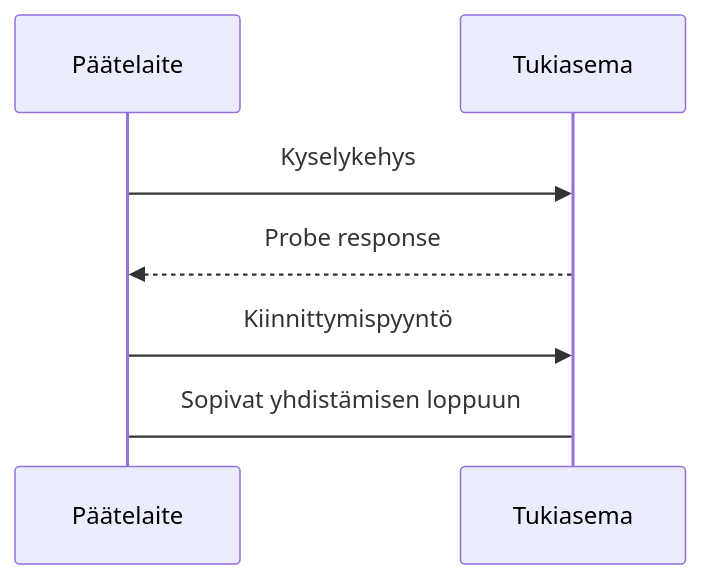
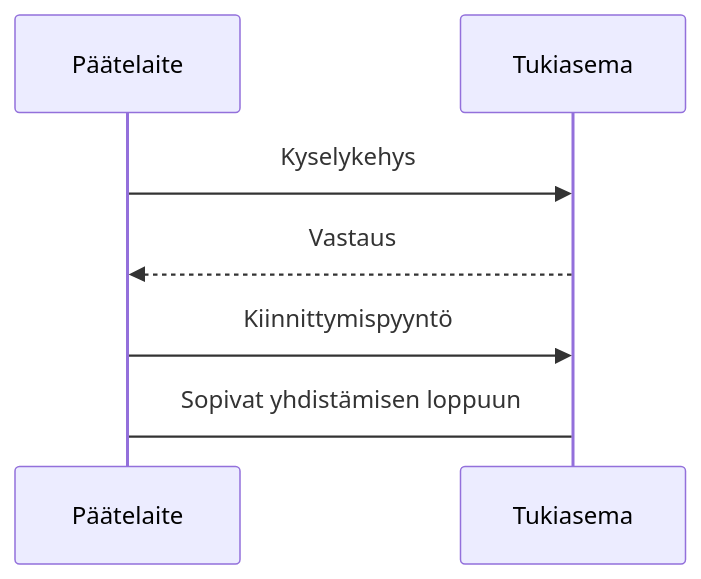
The diagram in posteri/ssid_kaavio.md (hhuuskon/tietoliikenne-labra), drawn with Mermaid before and after one commit.

````diff
--- a/posteri/ssid_kaavio.md
+++ b/posteri/ssid_kaavio.md
@@ -3,10 +3,10 @@
 ```mermaid
 sequenceDiagram
 	participant Päätelaite
 	participant Tukiasema
 	Päätelaite->>Tukiasema: Kyselykehys
-	Tukiasema -->>Päätelaite: Probe response
+	Tukiasema -->>Päätelaite: Vastaus
 	Päätelaite->>Tukiasema: Kiinnittymispyyntö
 	Päätelaite->Tukiasema: Sopivat yhdistämisen loppuun
 
 ```
````
